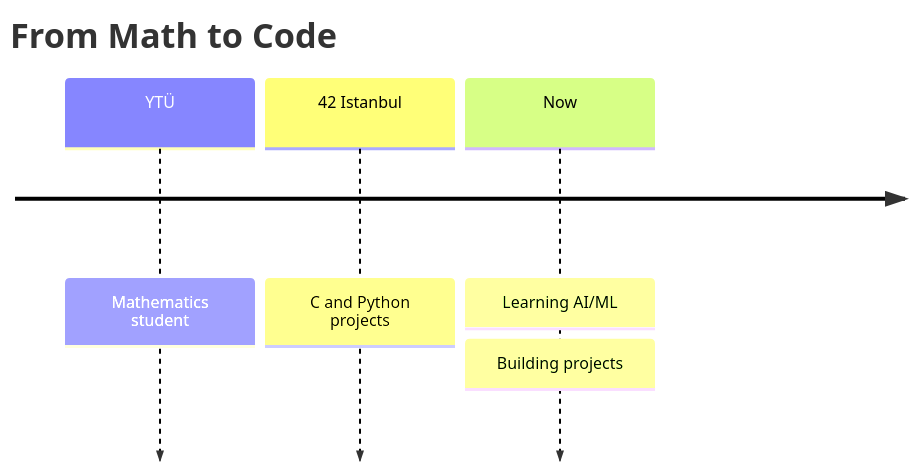
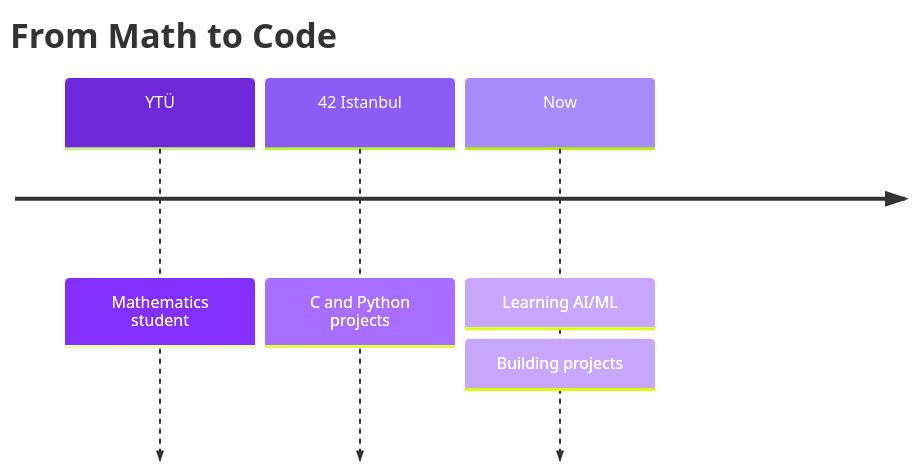
One commit to edpolat/edpolat changed the first of 2 diagrams in README.md. Above: the diagram before and after it, drawn with Mermaid.

````diff
--- a/README.md
+++ b/README.md
@@ -34,7 +34,8 @@
 ```mermaid
+%%{init: {'theme': 'base', 'themeVariables': {'cScale0': '#6D28D9', 'cScale1': '#8B5CF6', 'cScale2': '#A78BFA', 'cScaleLabel0': '#ffffff', 'cScaleLabel1': '#ffffff', 'cScaleLabel2': '#ffffff'}}}%%
 timeline
     title From Math to Code
     YTÜ : Mathematics student
     42 Istanbul : C and Python projects
     Now : Learning AI/ML : Building projects
 ```
````
